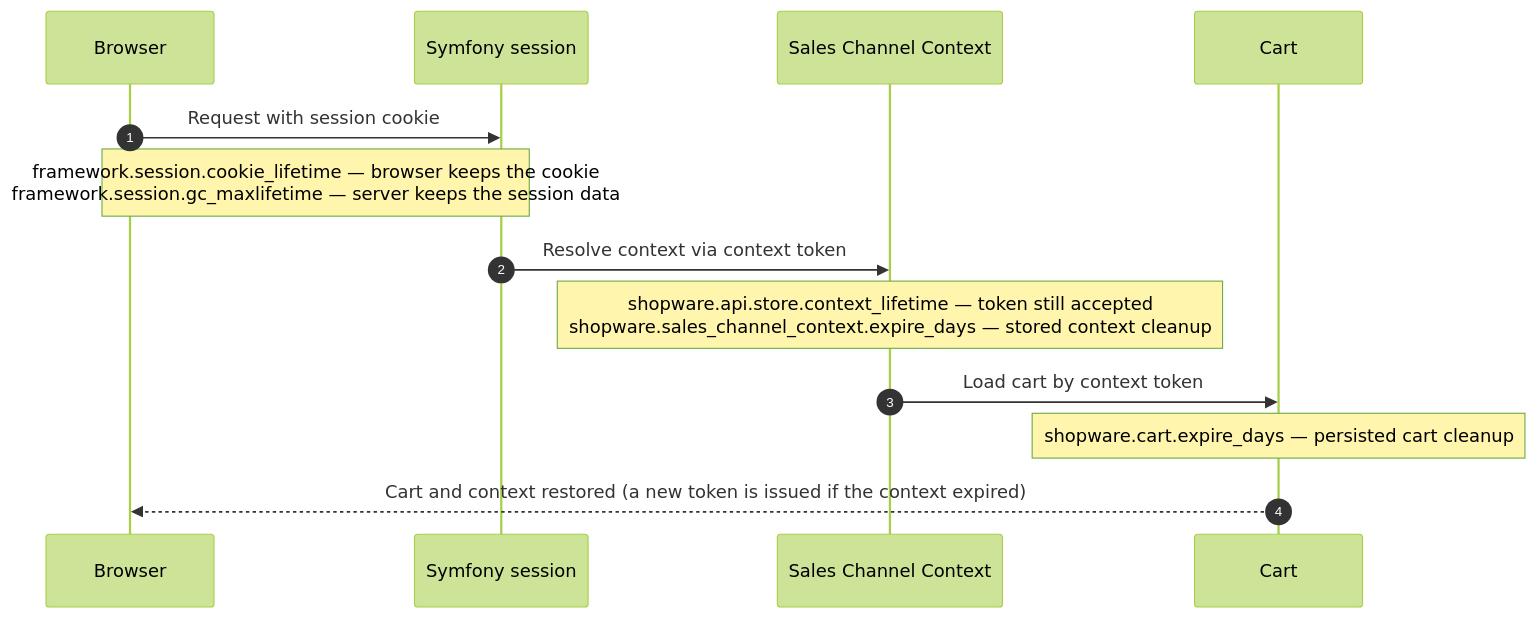
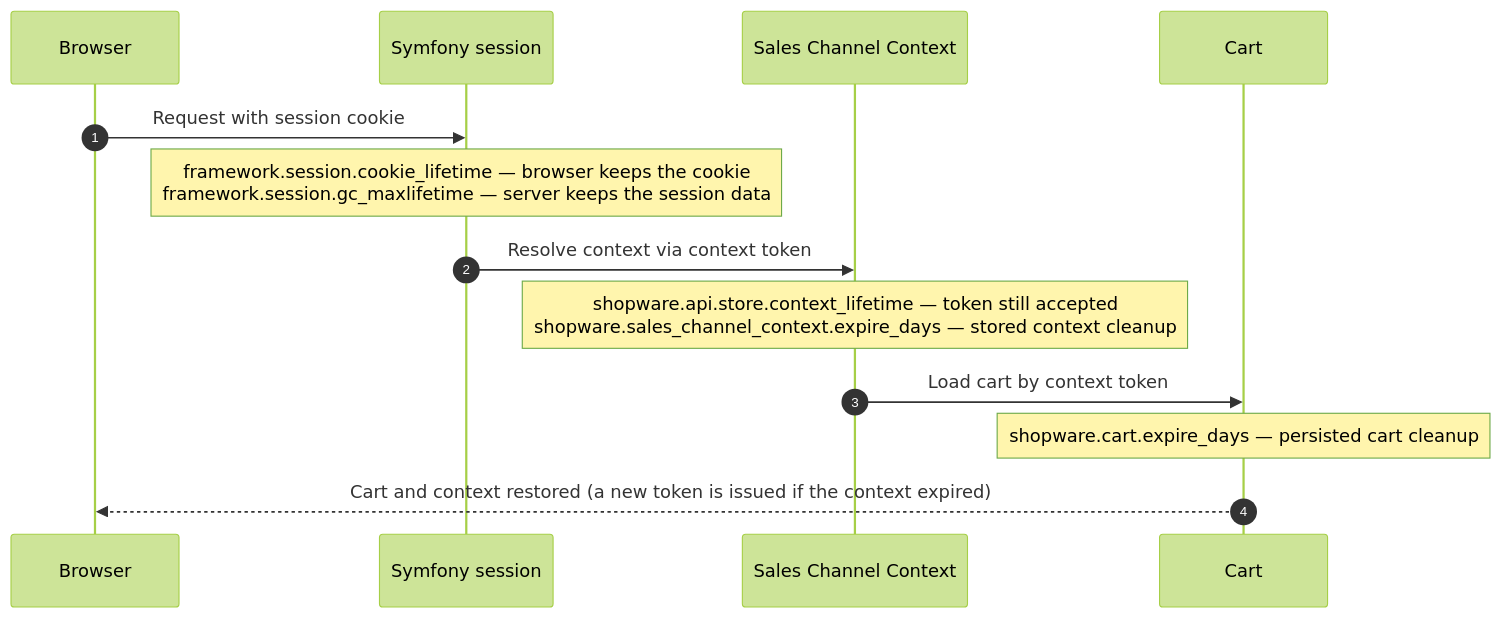
Before and after one commit to shopware/docs: the diagram in guides/hosting/performance/session.md, drawn with Mermaid (forest theme).

Commit message:
fix/mermaid

````diff
--- a/guides/hosting/performance/session.md
+++ b/guides/hosting/performance/session.md
@@ -16,19 +16,19 @@
 ```mermaid
 sequenceDiagram
     autonumber
     participant B as Browser
     participant S as Symfony session
     participant SCC as Sales Channel Context
     participant C as Cart
 
     B->>S: Request with session cookie
-    Note over B,S: framework.session.cookie_lifetime — browser keeps the cookie<br/>framework.session.gc_maxlifetime — server keeps the session data
+    Note over S: framework.session.cookie_lifetime — browser keeps the cookie<br/>framework.session.gc_maxlifetime — server keeps the session data
 
     S->>SCC: Resolve context via context token
     Note over SCC: shopware.api.store.context_lifetime — token still accepted<br/>shopware.sales_channel_context.expire_days — stored context cleanup
 
     SCC->>C: Load cart by context token
     Note over C: shopware.cart.expire_days — persisted cart cleanup
 
     C-->>B: Cart and context restored (a new token is issued if the context expired)
 ```
````
